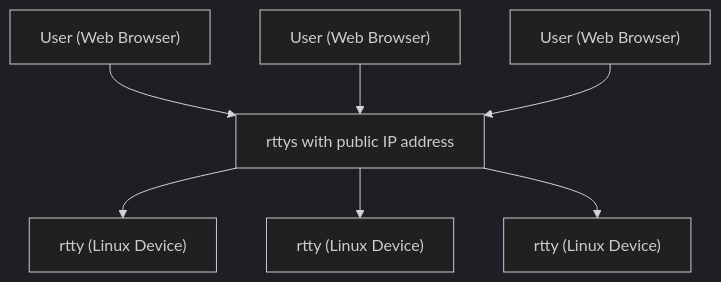
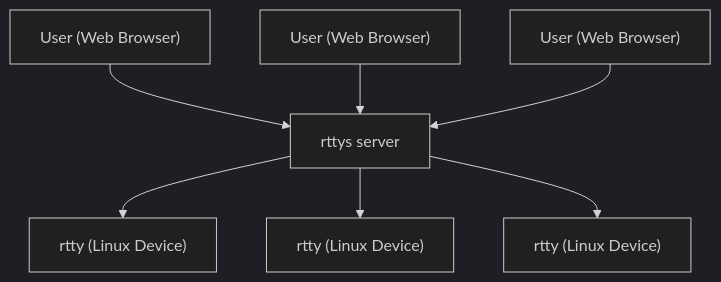
Before and after one commit to zhaojh329/rtty: the diagram in README.md, drawn with Mermaid (dark theme). The commit also changed other lines of this file and 2 other files, not shown here.

````diff
--- a/README.md
+++ b/README.md
@@ -40,10 +36,10 @@
 ```mermaid
 flowchart TB
-s[rttys with public IP address]
+s["rttys server"]
 u1["User (Web Browser)"] --> s
 u2["User (Web Browser)"] --> s
 u3["User (Web Browser)"] --> s
 s --> c1["rtty (Linux Device)"]
 s --> c2["rtty (Linux Device)"]
 s --> c3["rtty (Linux Device)"]
 ```
````
